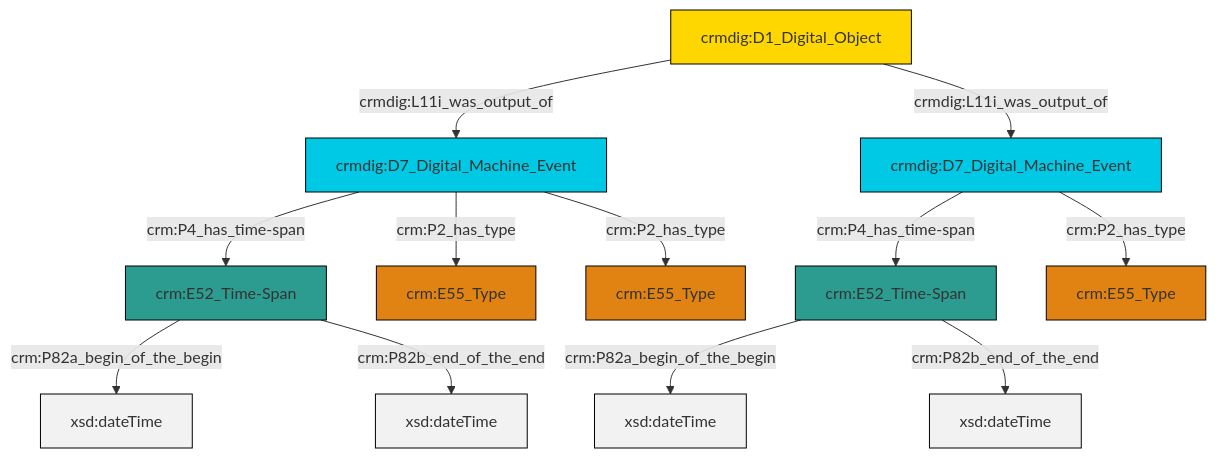
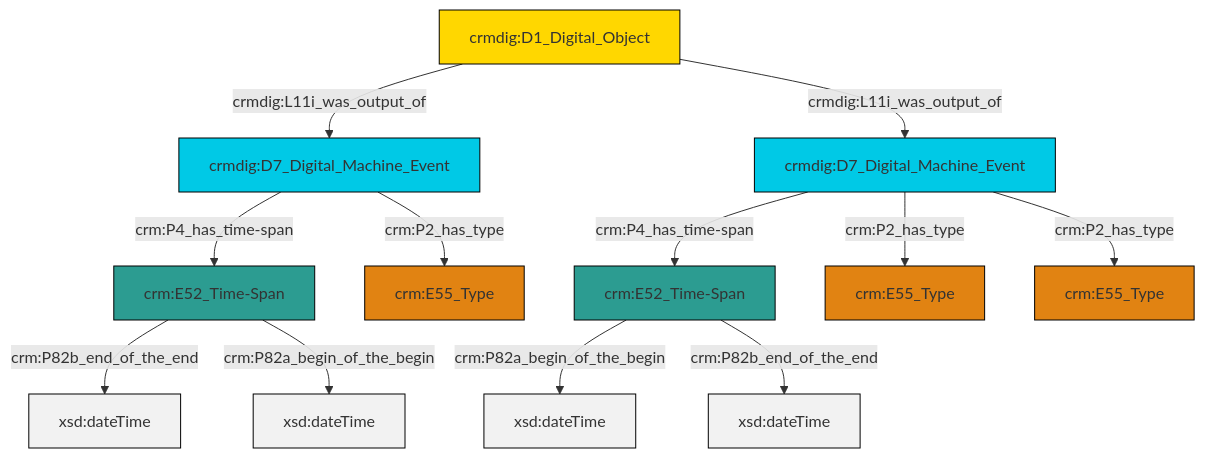
One commit to swiss-art-research-net/reference-data-models changed the diagram in et/doCSV/ttl/mmd/do_existence.ttl.mmd. Above: the diagram before and after it, drawn with Mermaid. The commit also changed 124 other files, not shown here.

```diff
--- a/et/doCSV/ttl/mmd/do_existence.ttl.mmd
+++ b/et/doCSV/ttl/mmd/do_existence.ttl.mmd
@@ -1,26 +1,26 @@
 graph TD
 classDef Literal fill:#f2f2f2,stroke:#000000;
 classDef CRM_Entity fill:#FFFFFF,stroke:#000000;
 classDef Temporal_Entity fill:#00C9E6, stroke:#000000;
 classDef Type fill:#E18312, stroke:#000000;
 classDef Time-Span fill:#2C9C91, stroke:#000000;
 classDef Appellation fill:#FFEB7F, stroke:#000000;
 classDef Place fill:#008836, stroke:#000000;
 classDef Persistent_Item fill:#B266B2, stroke:#000000;
 classDef Conceptual_Object fill:#FFD700, stroke:#000000;
 classDef Physical_Thing fill:#D2B48C, stroke:#000000;
 classDef Actor fill:#f58aad, stroke:#000000;
 classDef PC_Classes fill:#4ce600, stroke:#000000;
 classDef Multi fill:#cccccc,stroke:#000000;
 
-0["crm:E52_Time-Span"]:::Time-Span -->|crm:P82a_begin_of_the_begin| 1[xsd:dateTime]:::Literal
-6["crmdig:D7_Digital_Machine_Event"]:::Temporal_Entity -->|crm:P2_has_type| 4["crm:E55_Type"]:::Type
-8["crmdig:D1_Digital_Object"]:::Conceptual_Object -->|crmdig:L11i_was_output_of| 6["crmdig:D7_Digital_Machine_Event"]:::Temporal_Entity
-10["crm:E52_Time-Span"]:::Time-Span -->|crm:P82a_begin_of_the_begin| 14[xsd:dateTime]:::Literal
-15["crmdig:D7_Digital_Machine_Event"]:::Temporal_Entity -->|crm:P4_has_time-span| 0["crm:E52_Time-Span"]:::Time-Span
-8["crmdig:D1_Digital_Object"]:::Conceptual_Object -->|crmdig:L11i_was_output_of| 15["crmdig:D7_Digital_Machine_Event"]:::Temporal_Entity
-15["crmdig:D7_Digital_Machine_Event"]:::Temporal_Entity -->|crm:P2_has_type| 16["crm:E55_Type"]:::Type
-6["crmdig:D7_Digital_Machine_Event"]:::Temporal_Entity -->|crm:P4_has_time-span| 10["crm:E52_Time-Span"]:::Time-Span
-0["crm:E52_Time-Span"]:::Time-Span -->|crm:P82b_end_of_the_end| 18[xsd:dateTime]:::Literal
-10["crm:E52_Time-Span"]:::Time-Span -->|crm:P82b_end_of_the_end| 19[xsd:dateTime]:::Literal
-6["crmdig:D7_Digital_Machine_Event"]:::Temporal_Entity -->|crm:P2_has_type| 2["crm:E55_Type"]:::Type
+0["crm:E52_Time-Span"]:::Time-Span -->|crm:P82b_end_of_the_end| 1[xsd:dateTime]:::Literal
+0["crm:E52_Time-Span"]:::Time-Span -->|crm:P82a_begin_of_the_begin| 4[xsd:dateTime]:::Literal
+5["crmdig:D7_Digital_Machine_Event"]:::Temporal_Entity -->|crm:P4_has_time-span| 0["crm:E52_Time-Span"]:::Time-Span
+10["crm:E52_Time-Span"]:::Time-Span -->|crm:P82a_begin_of_the_begin| 11[xsd:dateTime]:::Literal
+12["crmdig:D1_Digital_Object"]:::Conceptual_Object -->|crmdig:L11i_was_output_of| 5["crmdig:D7_Digital_Machine_Event"]:::Temporal_Entity
+14["crmdig:D7_Digital_Machine_Event"]:::Temporal_Entity -->|crm:P4_has_time-span| 10["crm:E52_Time-Span"]:::Time-Span
+14["crmdig:D7_Digital_Machine_Event"]:::Temporal_Entity -->|crm:P2_has_type| 2["crm:E55_Type"]:::Type
+5["crmdig:D7_Digital_Machine_Event"]:::Temporal_Entity -->|crm:P2_has_type| 17["crm:E55_Type"]:::Type
+10["crm:E52_Time-Span"]:::Time-Span -->|crm:P82b_end_of_the_end| 20[xsd:dateTime]:::Literal
+12["crmdig:D1_Digital_Object"]:::Conceptual_Object -->|crmdig:L11i_was_output_of| 14["crmdig:D7_Digital_Machine_Event"]:::Temporal_Entity
+14["crmdig:D7_Digital_Machine_Event"]:::Temporal_Entity -->|crm:P2_has_type| 6["crm:E55_Type"]:::Type
```
